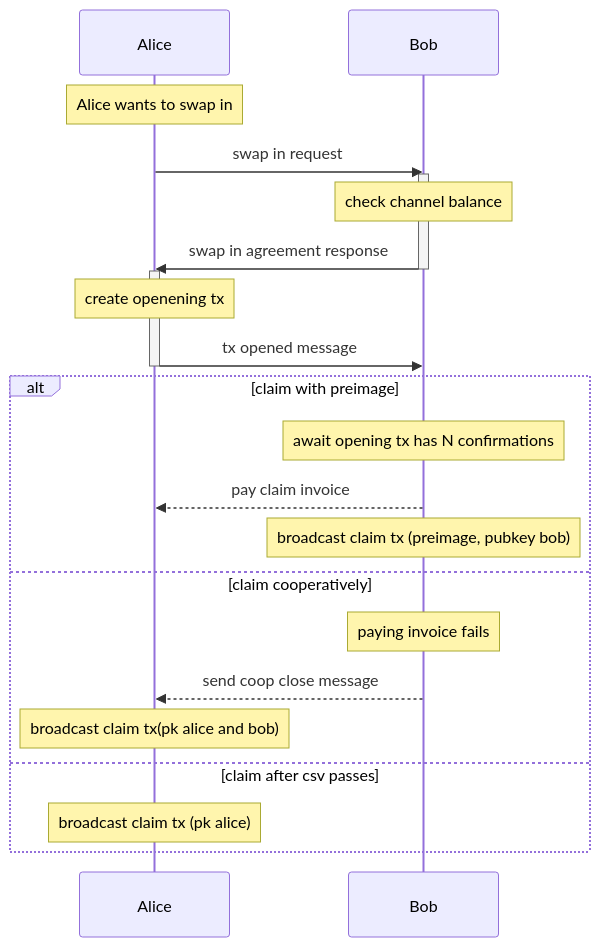
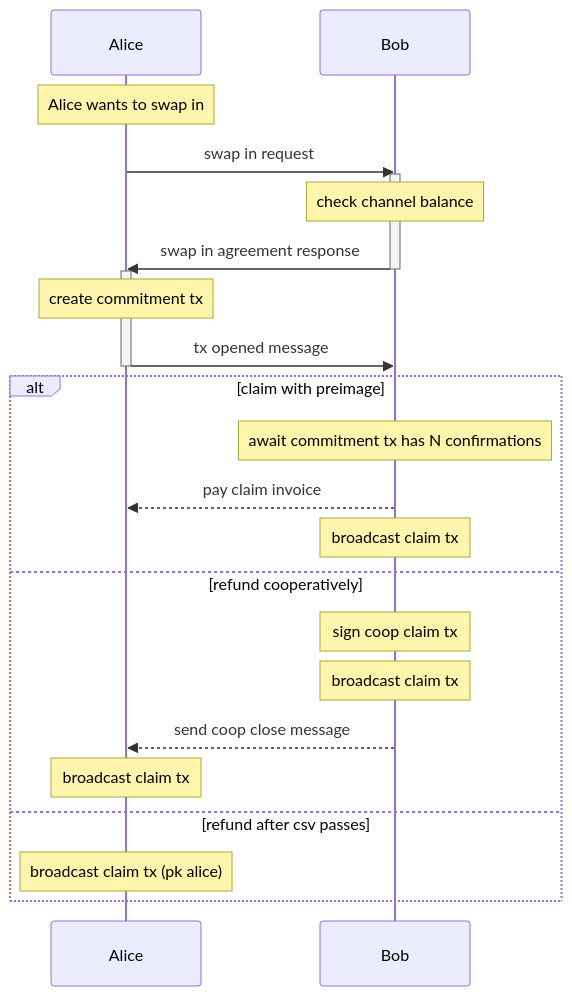
Before and after one commit to ElementsProject/peerswap: the diagram in docs/mmd/swap-in-sequence.md, drawn with Mermaid. The commit also changed 14 other files, not shown here.

````diff
--- a/docs/mmd/swap-in-sequence.md
+++ b/docs/mmd/swap-in-sequence.md
@@ -1,28 +1,29 @@
 ```mermaid
 sequenceDiagram
 participant A as Alice
 participant B as Bob
 
 Note over A: Alice wants to swap in
 
 A->>B: swap in request
 activate B
 Note over B: check channel balance
 B->>A: swap in agreement response
 deactivate B
 activate A
-Note over A: create openening tx
+Note over A: create commitment tx
 A->>B: tx opened message
 deactivate A
 alt claim with preimage
-Note over B: await opening tx has N confirmations
+Note over B: await commitment tx has N confirmations
 B-->>A: pay claim invoice
-Note over B: broadcast claim tx (preimage, pubkey bob)
-else claim cooperatively
-Note over B: paying invoice fails
+Note over B: broadcast claim tx
+else refund cooperatively
+Note over B: sign coop claim tx
+Note over B: broadcast claim tx
 B-->>A: send coop close message
-Note over A: broadcast claim tx(pk alice and bob)
-else claim after csv passes
+Note over A: broadcast claim tx
+else refund after csv passes
 Note over A: broadcast claim tx (pk alice)
 end
 ```
````
